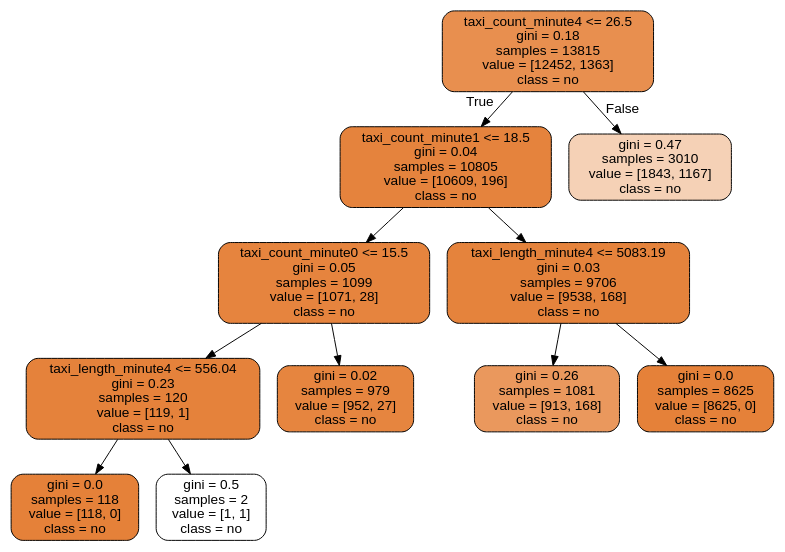
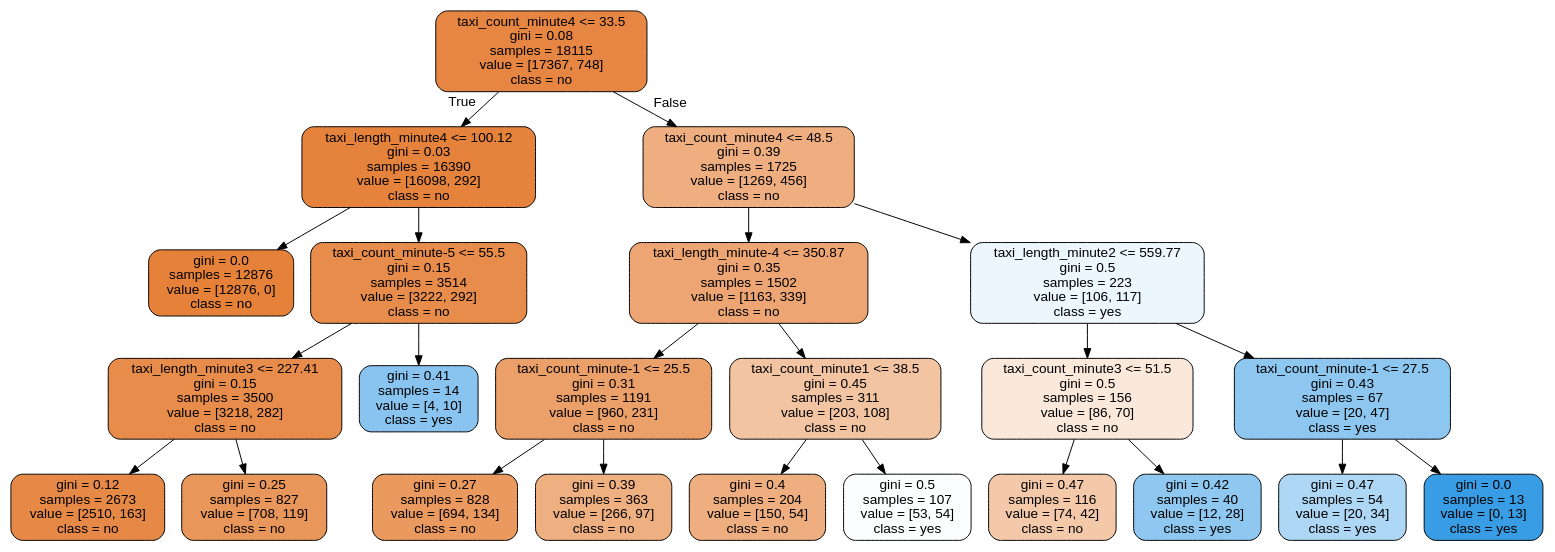
One commit to DungDinhDungDinh/capstone_project changed the diagram in t1_heavy_congestion.dot. Above: the diagram before and after it, drawn with Graphviz. The commit also changed 550 other files, not shown here.

```diff
--- a/t1_heavy_congestion.dot
+++ b/t1_heavy_congestion.dot
@@ -1,25 +1,49 @@
 digraph Tree {
 node [shape=box, style="filled, rounded", color="black", fontname="helvetica"] ;
 edge [fontname="helvetica"] ;
-0 [label="taxi_count_minute4 <= 26.5\ngini = 0.18\nsamples = 13815\nvalue = [12452, 1363]\nclass = no", fillcolor="#e88f4f"] ;
-1 [label="taxi_count_minute1 <= 18.5\ngini = 0.04\nsamples = 10805\nvalue = [10609, 196]\nclass = no", fillcolor="#e5833d"] ;
+0 [label="taxi_count_minute4 <= 33.5\ngini = 0.08\nsamples = 18115\nvalue = [17367, 748]\nclass = no", fillcolor="#e68642"] ;
+1 [label="taxi_length_minute4 <= 100.12\ngini = 0.03\nsamples = 16390\nvalue = [16098, 292]\nclass = no", fillcolor="#e5833d"] ;
 0 -> 1 [labeldistance=2.5, labelangle=45, headlabel="True"] ;
-2 [label="taxi_count_minute0 <= 15.5\ngini = 0.05\nsamples = 1099\nvalue = [1071, 28]\nclass = no", fillcolor="#e6843e"] ;
+2 [label="gini = 0.0\nsamples = 12876\nvalue = [12876, 0]\nclass = no", fillcolor="#e58139"] ;
 1 -> 2 ;
-3 [label="taxi_length_minute4 <= 556.04\ngini = 0.23\nsamples = 120\nvalue = [119, 1]\nclass = no", fillcolor="#e5823b"] ;
-2 -> 3 ;
-4 [label="gini = 0.0\nsamples = 118\nvalue = [118, 0]\nclass = no", fillcolor="#e58139"] ;
+3 [label="taxi_count_minute-5 <= 55.5\ngini = 0.15\nsamples = 3514\nvalue = [3222, 292]\nclass = no", fillcolor="#e78c4b"] ;
+1 -> 3 ;
+4 [label="taxi_length_minute3 <= 227.41\ngini = 0.15\nsamples = 3500\nvalue = [3218, 282]\nclass = no", fillcolor="#e78c4a"] ;
 3 -> 4 ;
-5 [label="gini = 0.5\nsamples = 2\nvalue = [1, 1]\nclass = no", fillcolor="#ffffff"] ;
-3 -> 5 ;
-6 [label="gini = 0.02\nsamples = 979\nvalue = [952, 27]\nclass = no", fillcolor="#e6853f"] ;
-2 -> 6 ;
-7 [label="taxi_length_minute4 <= 5083.19\ngini = 0.03\nsamples = 9706\nvalue = [9538, 168]\nclass = no", fillcolor="#e5833c"] ;
-1 -> 7 ;
-8 [label="gini = 0.26\nsamples = 1081\nvalue = [913, 168]\nclass = no", fillcolor="#ea985d"] ;
-7 -> 8 ;
-9 [label="gini = 0.0\nsamples = 8625\nvalue = [8625, 0]\nclass = no", fillcolor="#e58139"] ;
-7 -> 9 ;
-10 [label="gini = 0.47\nsamples = 3010\nvalue = [1843, 1167]\nclass = no", fillcolor="#f5d1b6"] ;
-0 -> 10 [labeldistance=2.5, labelangle=-45, headlabel="False"] ;
+5 [label="gini = 0.12\nsamples = 2673\nvalue = [2510, 163]\nclass = no", fillcolor="#e78946"] ;
+4 -> 5 ;
+6 [label="gini = 0.25\nsamples = 827\nvalue = [708, 119]\nclass = no", fillcolor="#e9965a"] ;
+4 -> 6 ;
+7 [label="gini = 0.41\nsamples = 14\nvalue = [4, 10]\nclass = yes", fillcolor="#88c4ef"] ;
+3 -> 7 ;
+8 [label="taxi_count_minute4 <= 48.5\ngini = 0.39\nsamples = 1725\nvalue = [1269, 456]\nclass = no", fillcolor="#eeae80"] ;
+0 -> 8 [labeldistance=2.5, labelangle=-45, headlabel="False"] ;
+9 [label="taxi_length_minute-4 <= 350.87\ngini = 0.35\nsamples = 1502\nvalue = [1163, 339]\nclass = no", fillcolor="#eda673"] ;
+8 -> 9 ;
+10 [label="taxi_count_minute-1 <= 25.5\ngini = 0.31\nsamples = 1191\nvalue = [960, 231]\nclass = no", fillcolor="#eb9f69"] ;
+9 -> 10 ;
+11 [label="gini = 0.27\nsamples = 828\nvalue = [694, 134]\nclass = no", fillcolor="#ea995f"] ;
+10 -> 11 ;
+12 [label="gini = 0.39\nsamples = 363\nvalue = [266, 97]\nclass = no", fillcolor="#eeaf81"] ;
+10 -> 12 ;
+13 [label="taxi_count_minute1 <= 38.5\ngini = 0.45\nsamples = 311\nvalue = [203, 108]\nclass = no", fillcolor="#f3c4a2"] ;
+9 -> 13 ;
+14 [label="gini = 0.4\nsamples = 204\nvalue = [150, 54]\nclass = no", fillcolor="#eeae80"] ;
+13 -> 14 ;
+15 [label="gini = 0.5\nsamples = 107\nvalue = [53, 54]\nclass = yes", fillcolor="#fbfdff"] ;
+13 -> 15 ;
+16 [label="taxi_length_minute2 <= 559.77\ngini = 0.5\nsamples = 223\nvalue = [106, 117]\nclass = yes", fillcolor="#ecf6fd"] ;
+8 -> 16 ;
+17 [label="taxi_count_minute3 <= 51.5\ngini = 0.5\nsamples = 156\nvalue = [86, 70]\nclass = no", fillcolor="#fae8da"] ;
+16 -> 17 ;
+18 [label="gini = 0.47\nsamples = 116\nvalue = [74, 42]\nclass = no", fillcolor="#f4c9a9"] ;
+17 -> 18 ;
+19 [label="gini = 0.42\nsamples = 40\nvalue = [12, 28]\nclass = yes", fillcolor="#8ec7f0"] ;
+17 -> 19 ;
+20 [label="taxi_count_minute-1 <= 27.5\ngini = 0.43\nsamples = 67\nvalue = [20, 47]\nclass = yes", fillcolor="#8dc7f0"] ;
+16 -> 20 ;
+21 [label="gini = 0.47\nsamples = 54\nvalue = [20, 34]\nclass = yes", fillcolor="#add7f4"] ;
+20 -> 21 ;
+22 [label="gini = 0.0\nsamples = 13\nvalue = [0, 13]\nclass = yes", fillcolor="#399de5"] ;
+20 -> 22 ;
 }
```
